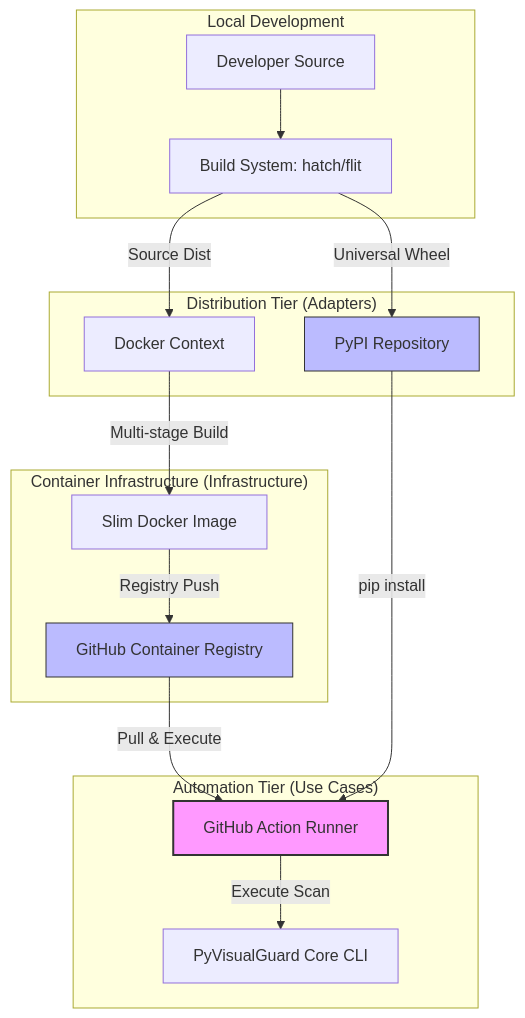
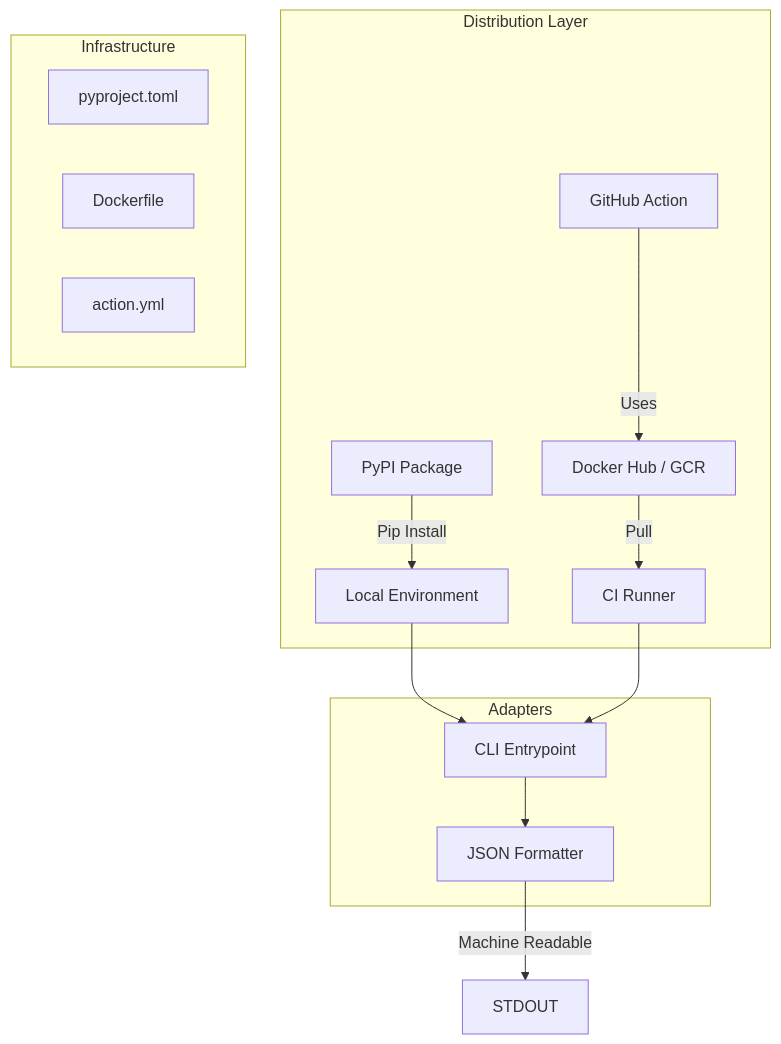
Before and after one commit to davidlapsleyio/shipkode-python-linting-cli-utility: the diagram in specs/F6-ci-cd-packaging-actions-aed5cd5a/design.md, drawn with Mermaid. The commit also changed other lines of this file and 20 other files, not shown here.

````diff
--- a/specs/F6-ci-cd-packaging-actions-aed5cd5a/design.md
+++ b/specs/F6-ci-cd-packaging-actions-aed5cd5a/design.md
@@ -23,26 +23,24 @@
 ```mermaid
 graph TD
-    subgraph "Local Development"
-        DEV[Developer Source] --> BUILD_PYPI[Build System: hatch/flit]
+    subgraph Distribution_Layer [Distribution Layer]
+        PyPI[PyPI Package] --> |Pip Install| VENV[Local Environment]
+        DOCKER[Docker Hub / GCR] --> |Pull| RUNNER[CI Runner]
+        GHA[GitHub Action] --> |Uses| DOCKER
     end
 
-    subgraph "Distribution Tier (Adapters)"
-        BUILD_PYPI --> |Universal Wheel| PYPI[PyPI Repository]
-        BUILD_PYPI --> |Source Dist| DOCKER_BUILD[Docker Context]
+    subgraph Adapters [Adapters]
+        JSON_LOG[JSON Formatter]
+        CLI_WRAP[CLI Entrypoint]
     end
 
-    subgraph "Container Infrastructure (Infrastructure)"
-        DOCKER_BUILD --> |Multi-stage Build| SLIM_IMG[Slim Docker Image]
-        SLIM_IMG --> |Registry Push| GH_REGISTRY[GitHub Container Registry]
+    subgraph Infrastructure [Infrastructure]
+        PYPROJECT[pyproject.toml]
+        DOCKERFILE[Dockerfile]
+        ACTION_YAML[action.yml]
     end
 
-    subgraph "Automation Tier (Use Cases)"
-        GH_REGISTRY --> |Pull & Execute| GHA_ACTION[GitHub Action Runner]
-        PYPI --> |pip install| GHA_ACTION
-        GHA_ACTION --> |Execute Scan| PVG_CORE[PyVisualGuard Core CLI]
-    end
-
-    style GHA_ACTION fill:#f9f,stroke:#333,stroke-width:2px;
-    style PYPI fill:#bbf,stroke:#333;
-    style GH_REGISTRY fill:#bbf,stroke:#333;
+    VENV --> CLI_WRAP
+    RUNNER --> CLI_WRAP
+    CLI_WRAP --> JSON_LOG
+    JSON_LOG --> |Machine Readable| STDOUT
 ```
````
